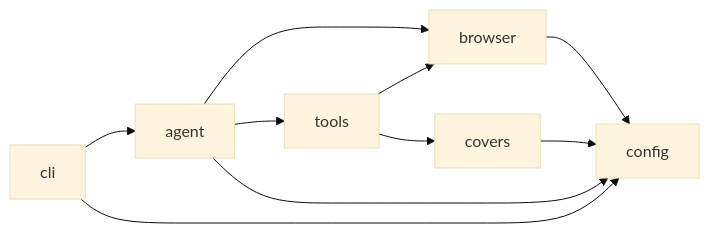
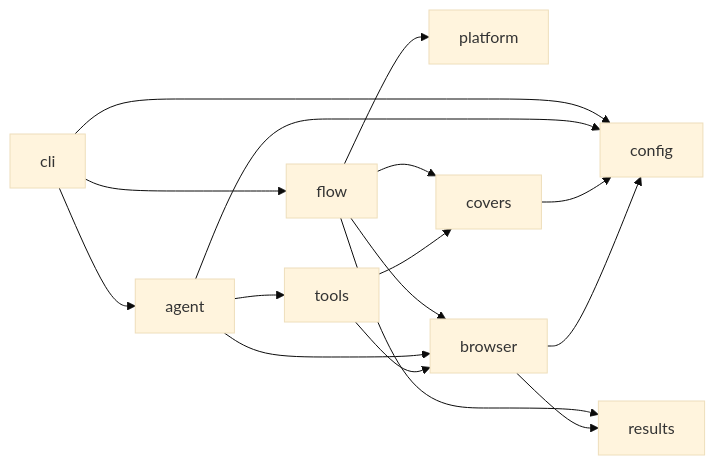
One commit to mattbriggs/this-or-that-agent changed the eighth of 10 diagrams in site/design/software-design.md. Above: the diagram before and after it, drawn with Mermaid (base theme). The commit also changed other lines of this file and 11 other files, not shown here.

````diff
--- a/site/design/software-design.md
+++ b/site/design/software-design.md
@@ -146,12 +293,18 @@
 ```mermaid
 graph LR
     cli --> agent
+    cli --> flow
     cli --> config
+    flow --> platform
+    flow --> browser
+    flow --> covers
+    flow --> results
     agent --> browser
     agent --> tools
     agent --> config
     tools --> browser
     tools --> covers
     covers --> config
     browser --> config
+    browser --> results
 ```
````
